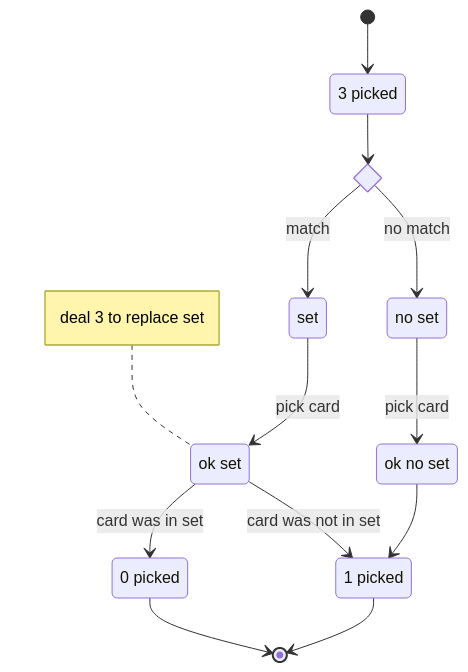
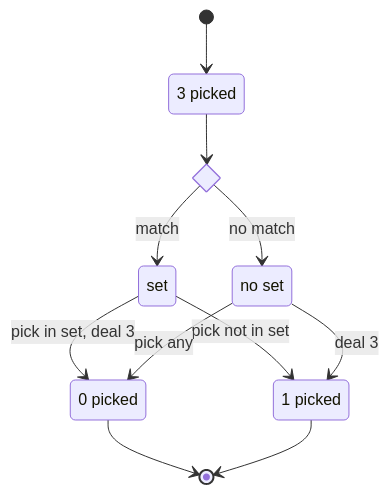
Before and after one commit to sarah-j-smith/cs193p-tuto: the third of 4 diagrams in assign3/README.md, drawn with Mermaid. The commit also changed other lines of this file and 17 other files, not shown here.

````diff
--- a/assign3/README.md
+++ b/assign3/README.md
@@ -154,25 +154,19 @@
 ```mermaid
 stateDiagram-v2
     state "3 picked" as a
     state "set" as m
     state "no set" as n
     state "0 picked" as p
     state "1 picked" as q
     state b <<choice>>
-    state "ok set" as c
-    state "ok no set" as d
-    note left of c
-       deal 3 to replace set
-    end note
     [*] --> a
     a --> b
     b --> m: match
     b --> n: no match
-    m --> c: pick card
-    n --> d: pick card
-    c --> p: card was in set
-    c --> q: card was not in set
-    d --> q
+    m --> p: pick in set, deal 3
+    m --> q: pick not in set
+    n --> p: pick any
+    n --> q: deal 3
     p --> [*]
     q --> [*]
 ```
````
